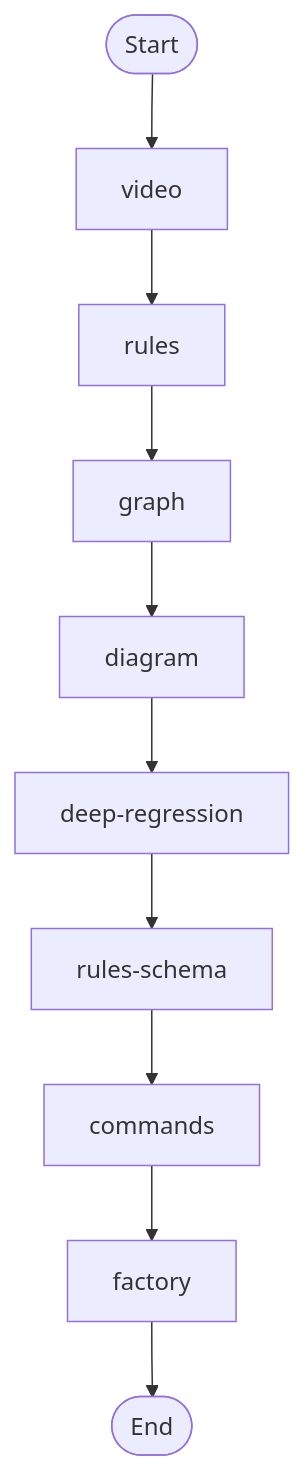
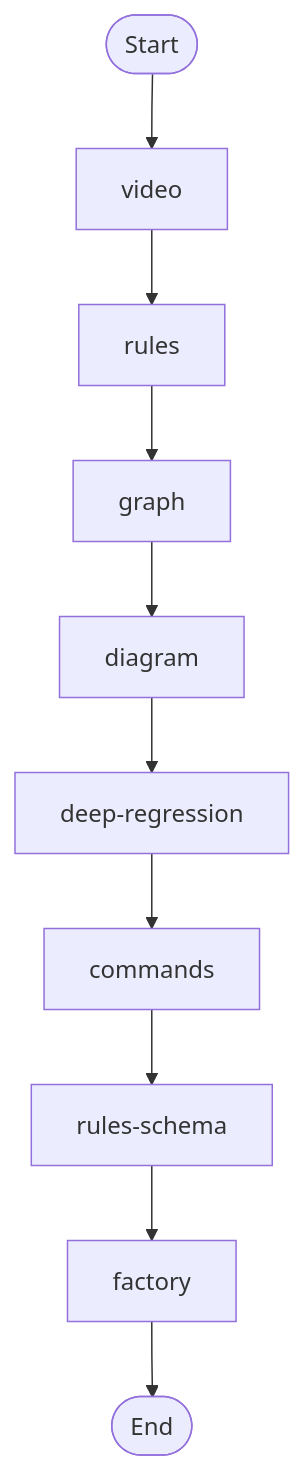
One commit to jscraik/diagram-cli changed the fourth of 5 diagrams in AI/context/diagram-context.md. Above: the diagram before and after it, drawn with Mermaid. The commit also changed other lines of this file and 5 other files, not shown here.

First line of the commit message:
feat: add agent-first diagram context pack outputs

````diff
--- a/AI/context/diagram-context.md
+++ b/AI/context/diagram-context.md
@@ -172,22 +172,22 @@
 ```mermaid
 flowchart TD
   Start(["Start"])
   video_0cab1c96["video"]
   Start --> video_0cab1c96
   rules_6c621d1a["rules"]
   video_0cab1c96 --> rules_6c621d1a
   graph_eef93e1d["graph"]
   rules_6c621d1a --> graph_eef93e1d
   diagram_2c20a6b0["diagram"]
   graph_eef93e1d --> diagram_2c20a6b0
   deep_regression_4f028409["deep-regression"]
   diagram_2c20a6b0 --> deep_regression_4f028409
+  commands_10f5f77e["commands"]
+  deep_regression_4f028409 --> commands_10f5f77e
   rules_schema_1b0ae367["rules-schema"]
-  deep_regression_4f028409 --> rules_schema_1b0ae367
-  commands_10f5f77e["commands"]
-  rules_schema_1b0ae367 --> commands_10f5f77e
+  commands_10f5f77e --> rules_schema_1b0ae367
   factory_06c8aaa9["factory"]
-  commands_10f5f77e --> factory_06c8aaa9
+  rules_schema_1b0ae367 --> factory_06c8aaa9
   End(["End"])
   factory_06c8aaa9 --> End
 ```
````
